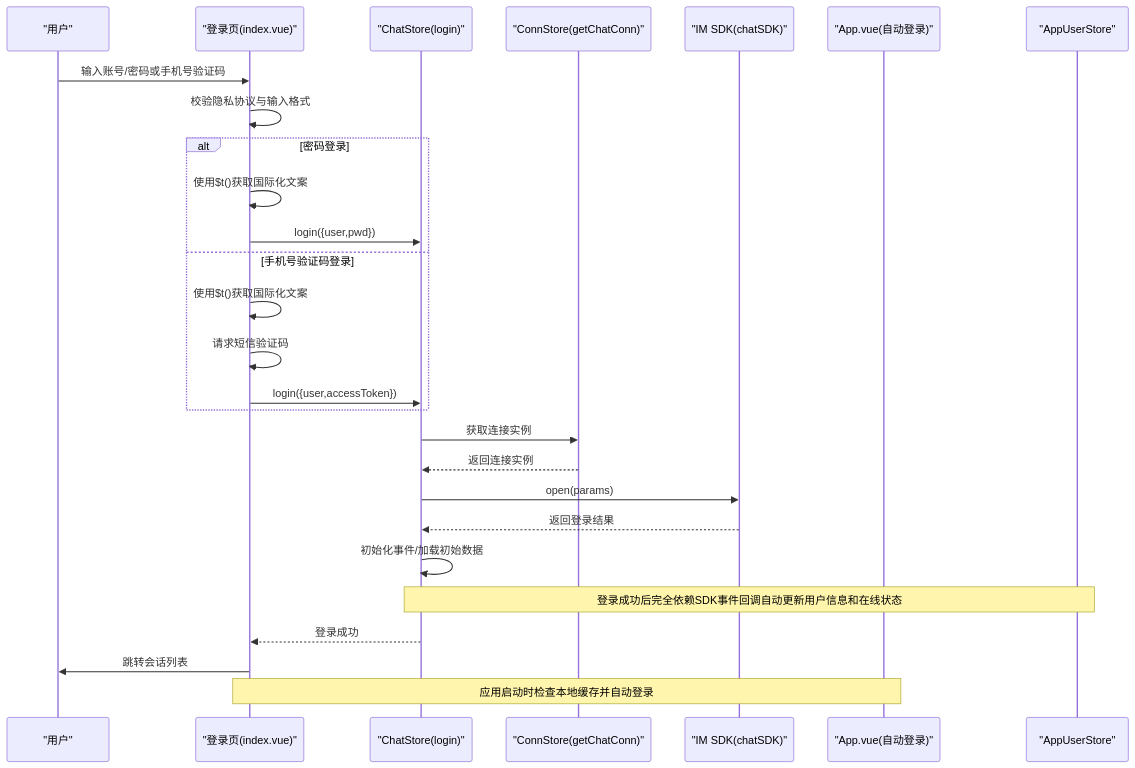
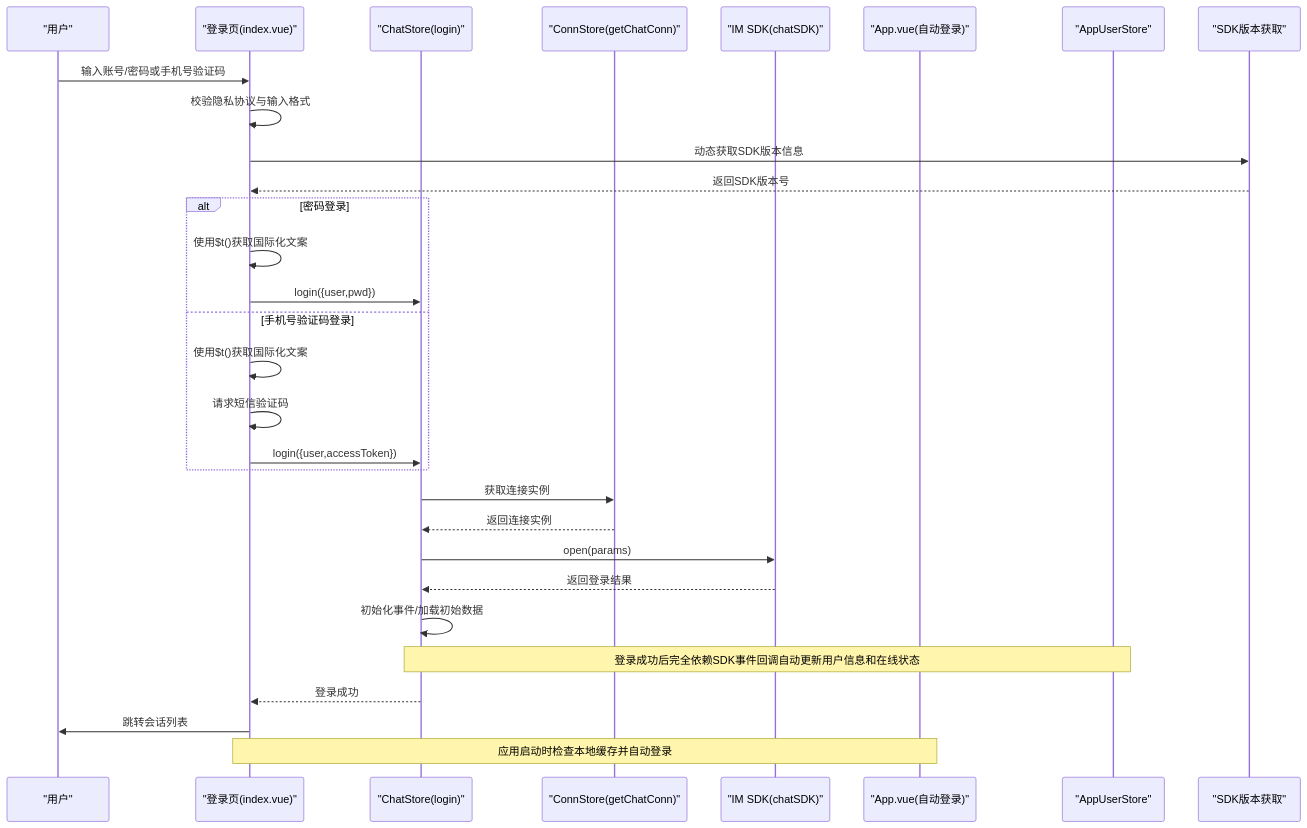
The second of 5 diagrams in .qoder/repowiki/zh/content/示例应用/登录页面.md (Easemob-Community/easemob-uikit-uniapp-community), drawn with Mermaid before and after one commit. The commit also changed other lines of this file and 10 other files, not shown here.

````diff
--- a/.qoder/repowiki/zh/content/示例应用/登录页面.md
+++ b/.qoder/repowiki/zh/content/示例应用/登录页面.md
@@ -146,29 +167,32 @@
 ```mermaid
 sequenceDiagram
 participant U as "用户"
 participant L as "登录页(index.vue)"
 participant S as "ChatStore(login)"
 participant C as "ConnStore(getChatConn)"
 participant SDK as "IM SDK(chatSDK)"
 participant A as "App.vue(自动登录)"
 participant AU as "AppUserStore"
+participant V as "SDK版本获取"
 U->>L : 输入账号/密码或手机号验证码
 L->>L : 校验隐私协议与输入格式
+L->>V : 动态获取SDK版本信息
+V-->>L : 返回SDK版本号
 alt 密码登录
 L->>L : 使用$t()获取国际化文案
 L->>S : login({user,pwd})
 else 手机号验证码登录
 L->>L : 使用$t()获取国际化文案
 L->>L : 请求短信验证码
 L->>S : login({user,accessToken})
 end
 S->>C : 获取连接实例
 C-->>S : 返回连接实例
 S->>SDK : open(params)
 SDK-->>S : 返回登录结果
 S->>S : 初始化事件/加载初始数据
 Note over S,AU : 登录成功后完全依赖SDK事件回调自动更新用户信息和在线状态
 S-->>L : 登录成功
 L->>U : 跳转会话列表
 Note over A,L : 应用启动时检查本地缓存并自动登录
 ```
````
